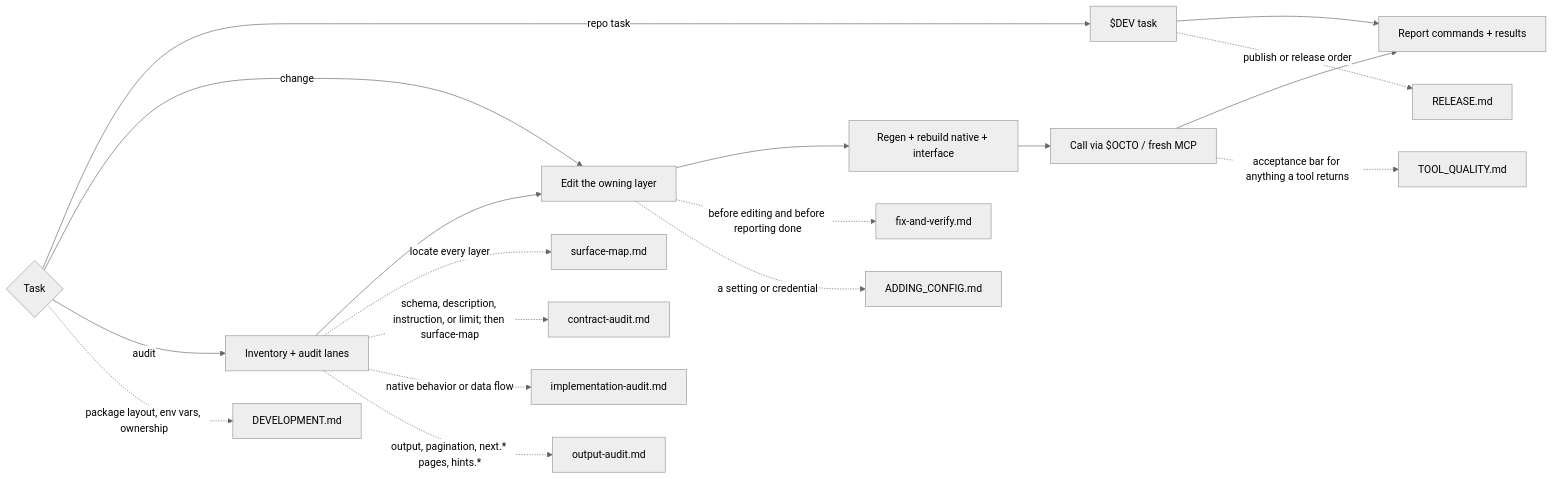
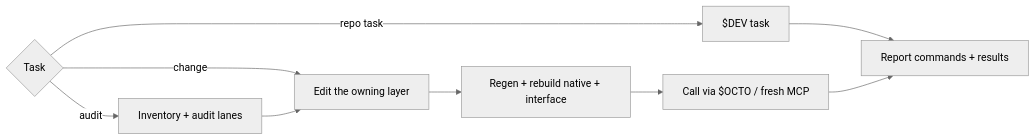
One commit to bgauryy/octocode changed the diagram in skills-dev/octocode-dev/SKILL.md. Above: the diagram before and after it, drawn with Mermaid (neutral theme). The commit also changed other lines of this file and 1641 other files, not shown here.

````diff
--- a/skills-dev/octocode-dev/SKILL.md
+++ b/skills-dev/octocode-dev/SKILL.md
@@ -11,20 +11,11 @@
 ```mermaid
 flowchart LR
     T{Task} -- repo task --> R["$DEV task"]
     T -- change --> C[Edit the owning layer]
     T -- audit --> A[Inventory + audit lanes]
     A --> C
     C --> B["Regen + rebuild native + interface"]
     B --> V["Call via $OCTO / fresh MCP"]
     R --> P[Report commands + results]
     V --> P
-    A -. "locate every layer" .-> M1["surface-map.md"]
-    A -. "schema, description, instruction, or limit; then surface-map" .-> M2["contract-audit.md"]
-    A -. "native behavior or data flow" .-> M3["implementation-audit.md"]
-    A -. "output, pagination, next.* pages, hints.*" .-> M4["output-audit.md"]
-    C -. "before editing and before reporting done" .-> M5["fix-and-verify.md"]
-    C -. "a setting or credential" .-> D1["ADDING_CONFIG.md"]
-    T -. "package layout, env vars, ownership" .-> D2["DEVELOPMENT.md"]
-    R -. "publish or release order" .-> D3["RELEASE.md"]
-    V -. "acceptance bar for anything a tool returns" .-> D4["TOOL_QUALITY.md"]
 ```
````
